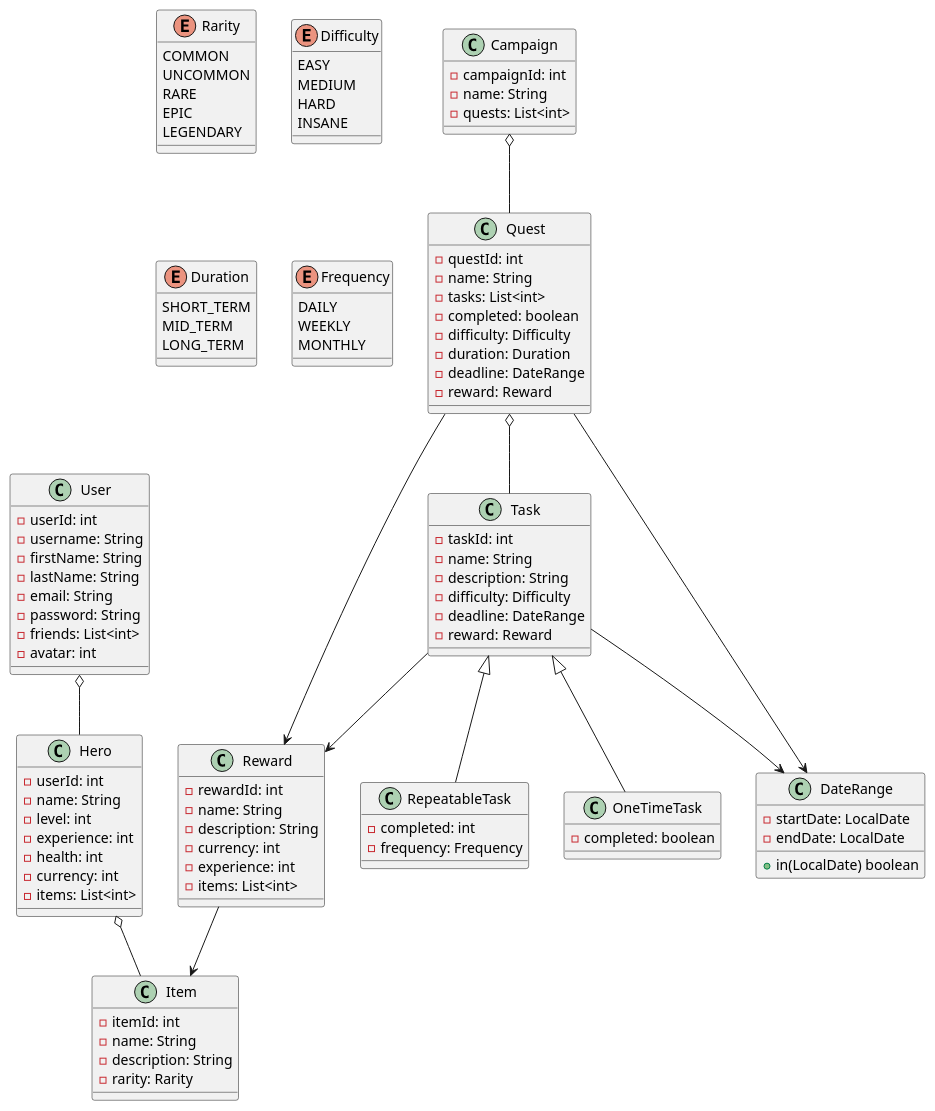
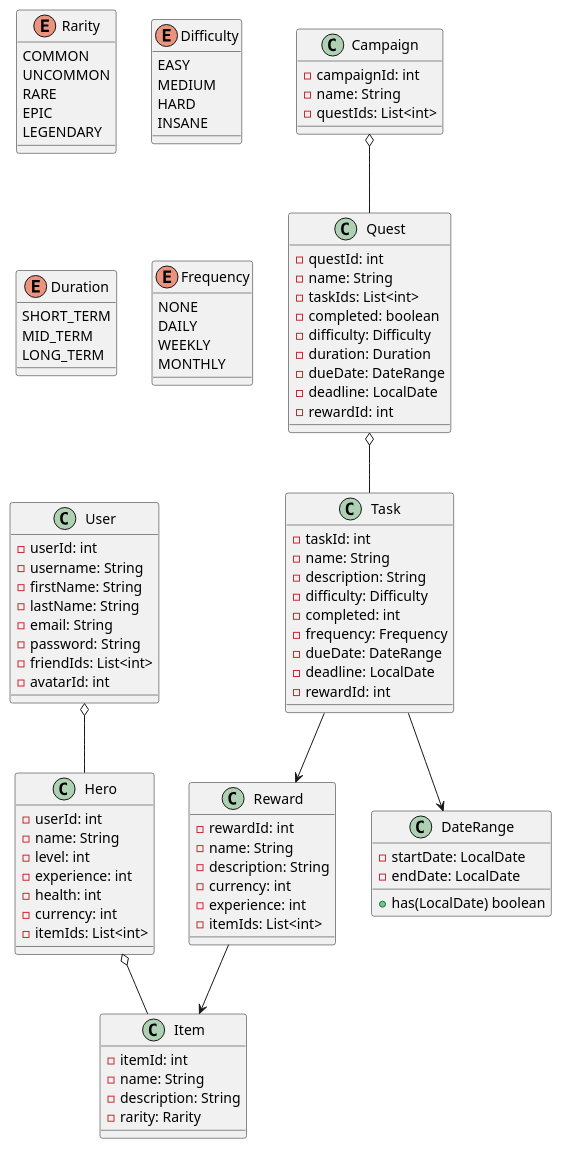
One commit to ljwhitt83/lbcProject changed the diagram in project_documents/CD.puml. Above: the diagram before and after it, drawn with PlantUML. The commit also changed 25 other files, not shown here.

Commit message:
Made changes to model classes, class diagram, and design document. Removed .idea and .gradle folders.

```diff
--- a/project_documents/CD.puml
+++ b/project_documents/CD.puml
@@ -1,123 +1,114 @@
 @startuml
 
 class User {
     -userId: int
     -username: String
     -firstName: String
     -lastName: String
     -email: String
     -password: String
-    -friends: List<int>
-    -avatar: int
+    -friendIds: List<int>
+    -avatarId: int
 }
 
 class Hero {
     -userId: int
     -name: String
     -level: int
     -experience: int
     -health: int
     -currency: int
-    -items: List<int>
+    -itemIds: List<int>
 }
 
 class Task {
     -taskId: int
     -name: String
     -description: String
     -difficulty: Difficulty
-    -deadline: DateRange
-    -reward: Reward
-}
-
-class RepeatableTask {
     -completed: int
     -frequency: Frequency
-}
-
-class OneTimeTask {
-    -completed: boolean
+    -dueDate: DateRange
+    -deadline: LocalDate
+    -rewardId: int
 }
 
 class Quest {
     -questId: int
     -name: String
-    -tasks: List<int>
+    -taskIds: List<int>
     -completed: boolean
     -difficulty: Difficulty
     -duration: Duration
-    -deadline: DateRange
-    -reward: Reward
+    -dueDate: DateRange
+    -deadline: LocalDate
+    -rewardId: int
 }
 
 class Campaign {
     -campaignId: int
     -name: String
-    -quests: List<int>
+    -questIds: List<int>
 }
 
 class Item {
     -itemId: int
     -name: String
     -description: String
     -rarity: Rarity
 }
 
 class Reward {
     -rewardId: int
     -name: String
     -description: String
     -currency: int
     -experience: int
-    -items: List<int>
+    -itemIds: List<int>
 }
 
 enum Rarity {
     COMMON
     UNCOMMON
     RARE
     EPIC
     LEGENDARY
 }
 
 enum Difficulty {
     EASY
     MEDIUM
     HARD
     INSANE
 }
 
 enum Duration {
     SHORT_TERM
     MID_TERM
     LONG_TERM
 }
 
 enum Frequency {
+    NONE
     DAILY
     WEEKLY
     MONTHLY
 }
 
 class DateRange {
     -startDate: LocalDate
     -endDate: LocalDate
-    +in(LocalDate) boolean
+    +has(LocalDate) boolean
 }
 
 Campaign o-- Quest
 Quest o-- Task
 
 Task --> Reward
 Task --> DateRange
-Task <|-- RepeatableTask
-Task <|-- OneTimeTask
-
-Quest --> DateRange
-Quest --> Reward
 
 User o-- Hero
 Hero o-- Item
 Reward --> Item
 
 @enduml
```
